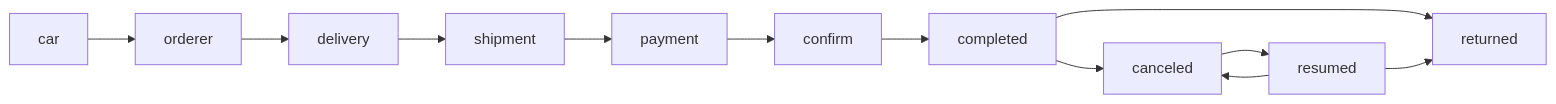
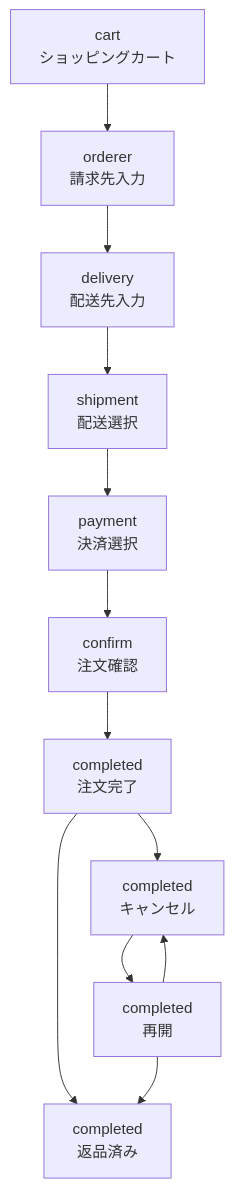
One commit to hyoshida/comable-guide changed the diagram in ja/developer/state_machine.md. Above: the diagram before and after it, drawn with Mermaid.

Commit message:
Improve the state machine diagram

````diff
--- a/ja/developer/state_machine.md
+++ b/ja/developer/state_machine.md
@@ -7,14 +7,25 @@
 ```mermaid
-graph LR;
-    car --> orderer;
+graph TD;
+    cart --> orderer;
     orderer --> delivery;
     delivery --> shipment;
     shipment --> payment;
     payment --> confirm;
     confirm --> completed;
     completed --> canceled;
     completed --> returned;
     canceled --> resumed;
     resumed --> canceled;
     resumed --> returned;
+
+    cart[cart<br/>ショッピングカート];
+    orderer[orderer<br/>請求先入力];
+    delivery[delivery<br/>配送先入力];
+    shipment[shipment<br/>配送選択];
+    payment[payment<br/>決済選択];
+    confirm[confirm<br/>注文確認];
+    completed[completed<br/>注文完了];
+    resumed[completed<br/>再開];
+    canceled[completed<br/>キャンセル];
+    returned[completed<br/>返品済み];
 ```
````
